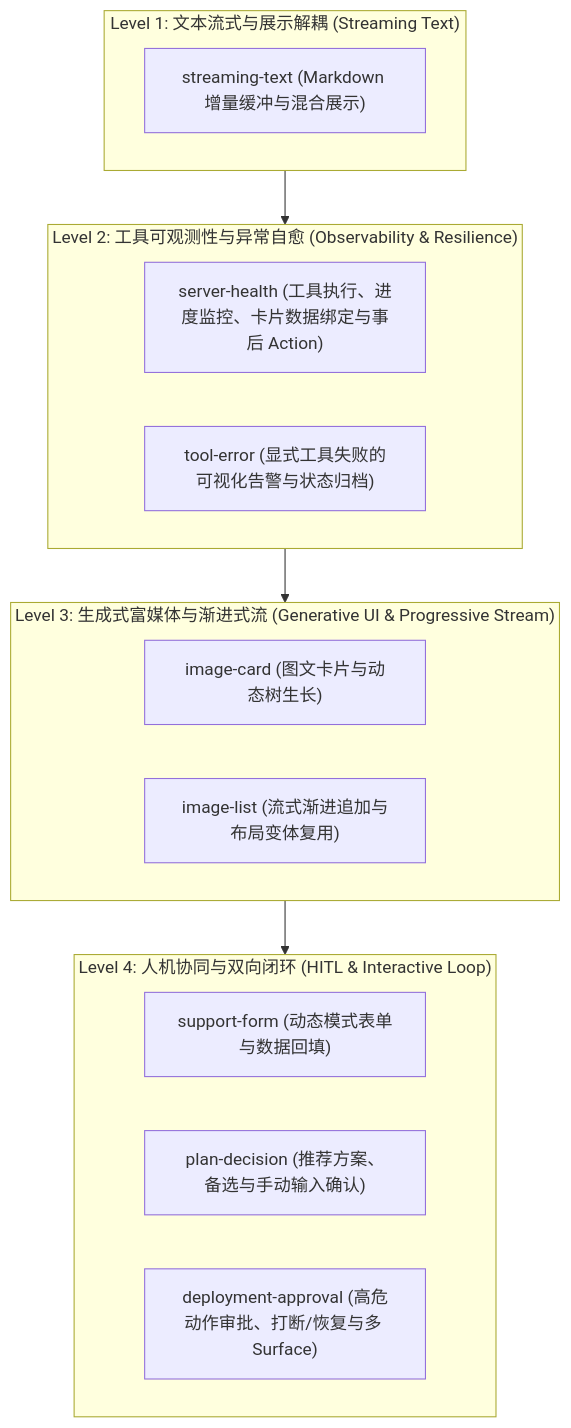
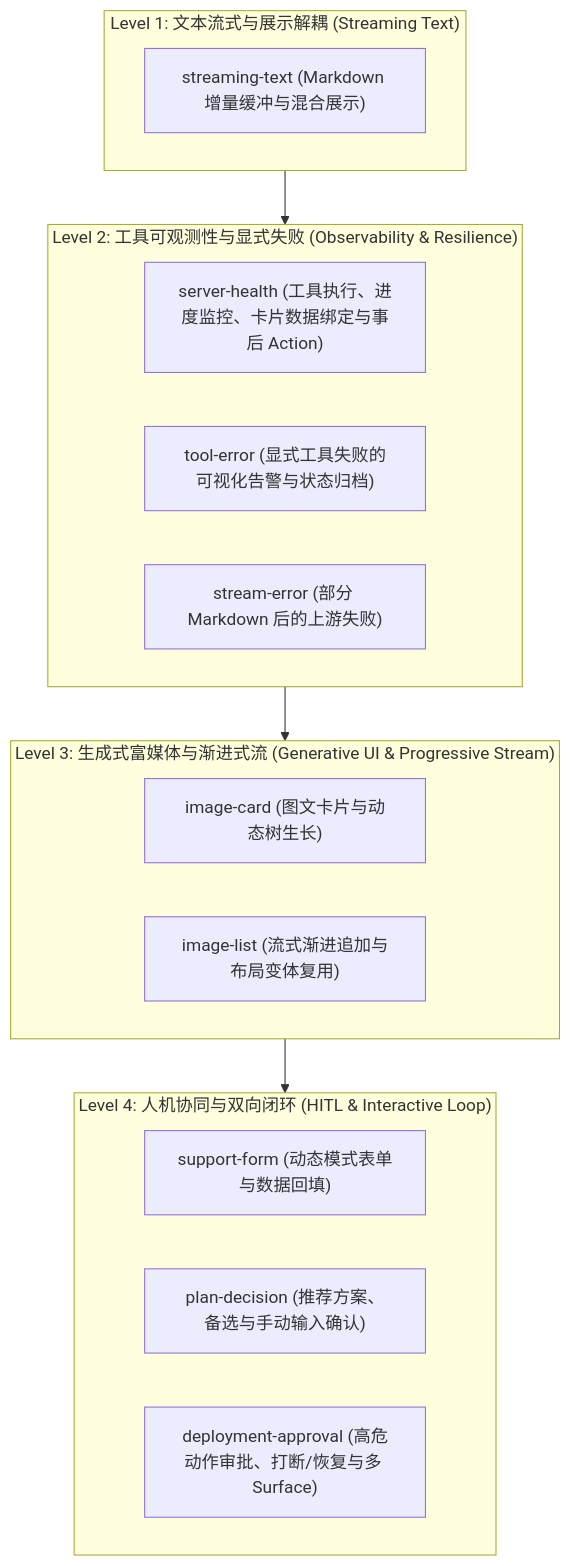
Before and after one commit to sungithubid/A2UI-Lab: the diagram in docs/scenarios.md, drawn with Mermaid. The commit also changed other lines of this file and 25 other files, not shown here.

````diff
--- a/docs/scenarios.md
+++ b/docs/scenarios.md
@@ -42,24 +44,25 @@
 ```mermaid
 flowchart TD
     subgraph L4 ["Level 4: 人机协同与双向闭环 (HITL & Interactive Loop)"]
         S6["support-form (动态模式表单与数据回填)"]
         S8["plan-decision (推荐方案、备选与手动输入确认)"]
         S7["deployment-approval (高危动作审批、打断/恢复与多 Surface)"]
     end
 
     subgraph L3 ["Level 3: 生成式富媒体与渐进式流 (Generative UI & Progressive Stream)"]
         S4["image-card (图文卡片与动态树生长)"]
         S5["image-list (流式渐进追加与布局变体复用)"]
     end
 
-    subgraph L2 ["Level 2: 工具可观测性与异常自愈 (Observability & Resilience)"]
+    subgraph L2 ["Level 2: 工具可观测性与显式失败 (Observability & Resilience)"]
         S2["server-health (工具执行、进度监控、卡片数据绑定与事后 Action)"]
         S3["tool-error (显式工具失败的可视化告警与状态归档)"]
+        S9["stream-error (部分 Markdown 后的上游失败)"]
     end
 
     subgraph L1 ["Level 1: 文本流式与展示解耦 (Streaming Text)"]
         S1["streaming-text (Markdown 增量缓冲与混合展示)"]
     end
 
     L1 --> L2 --> L3 --> L4
 ```
````
